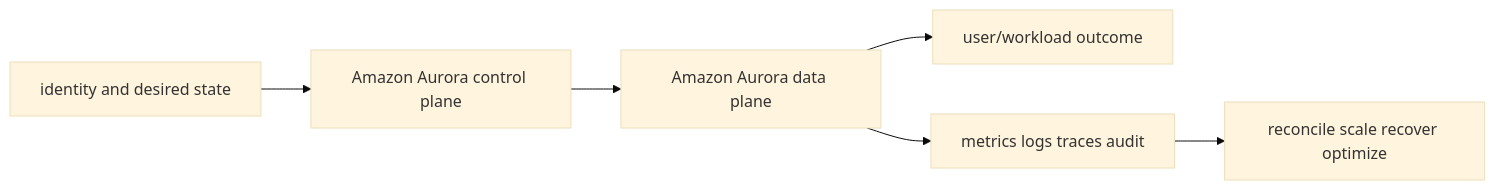
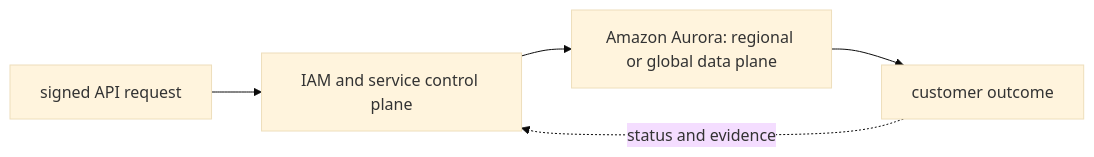
The diagram in 07-aws/07-databases/02-aurora/README.md (tomkidumbuyo/DevOps-interview-preparation), drawn with Mermaid (base theme) before and after one commit. The commit also changed other lines of this file and 753 other files, not shown here.

````diff
--- a/07-aws/07-databases/02-aurora/README.md
+++ b/07-aws/07-databases/02-aurora/README.md
@@ -19,8 +31,7 @@
 ```mermaid
 flowchart LR
-  I[identity and desired state] --> C[Amazon Aurora control plane]
-  C --> D[Amazon Aurora data plane]
-  D --> U[user/workload outcome]
-  D --> O[metrics logs traces audit]
-  O --> R[reconcile scale recover optimize]
+  A["signed API request"] --> B["IAM and service control plane"]
+  B --> C["Amazon Aurora: regional or global data plane"]
+  C --> D["customer outcome"]
+  D -. "status and evidence" .-> B
 ```
````
